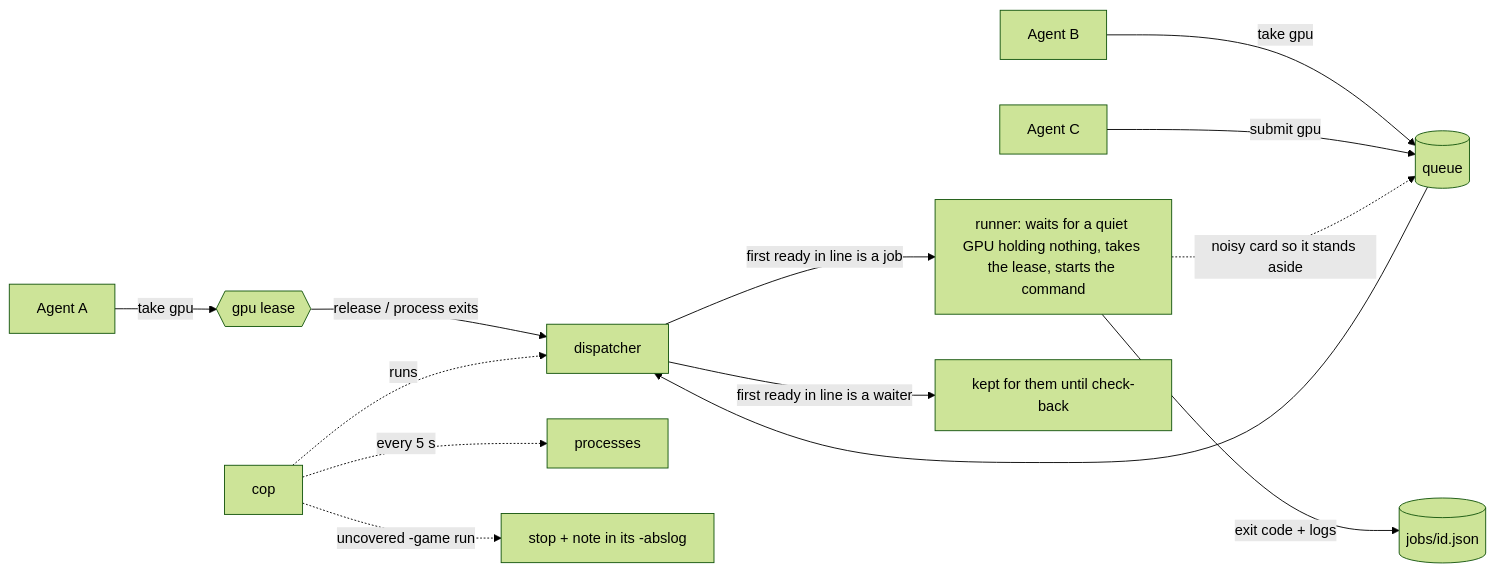
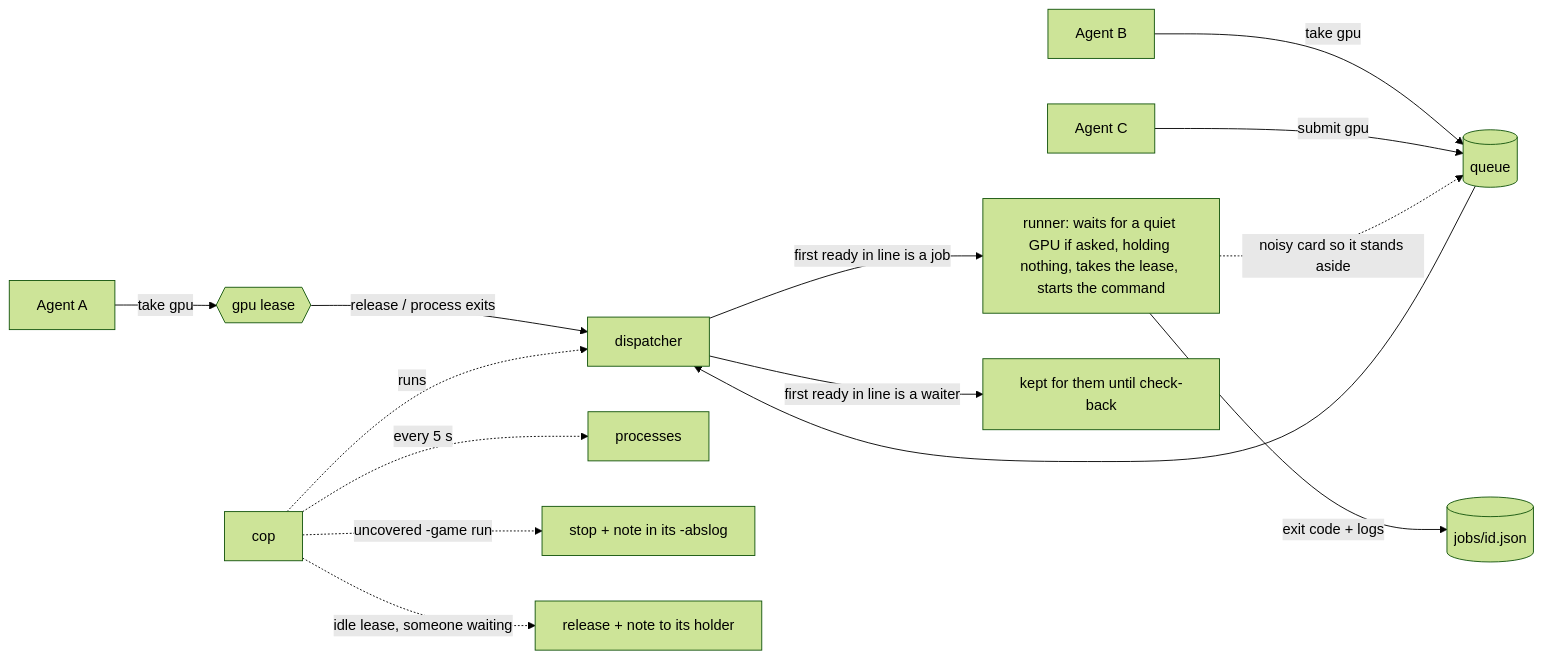
Before and after one commit to knoxy4/thor-traffic: the diagram in README.md, drawn with Mermaid (forest theme). The commit also changed other lines of this file and 4 other files, not shown here.

````diff
--- a/README.md
+++ b/README.md
@@ -68,15 +68,16 @@
 ```mermaid
 flowchart LR
     A1[Agent A] -- take gpu --> L{{gpu lease}}
     A2[Agent B] -- take gpu --> Q[(queue)]
     A3[Agent C] -- submit gpu --> Q
     L -- release / process exits --> D[dispatcher]
     Q --> D
-    D -- first ready in line is a job --> R["runner: waits for a quiet GPU holding nothing, takes the lease, starts the command"]
+    D -- first ready in line is a job --> R["runner: waits for a quiet GPU if asked, holding nothing, takes the lease, starts the command"]
     D -- first ready in line is a waiter --> K["kept for them until check-back"]
     R -. noisy card so it stands aside .-> Q
     R -- "exit code + logs" --> J[("jobs/id.json")]
     C[cop] -. every 5 s .-> P[processes]
     C -. uncovered -game run .-> X["stop + note in its -abslog"]
+    C -. idle lease, someone waiting .-> F["release + note to its holder"]
     C -. runs .-> D
 ```
````
